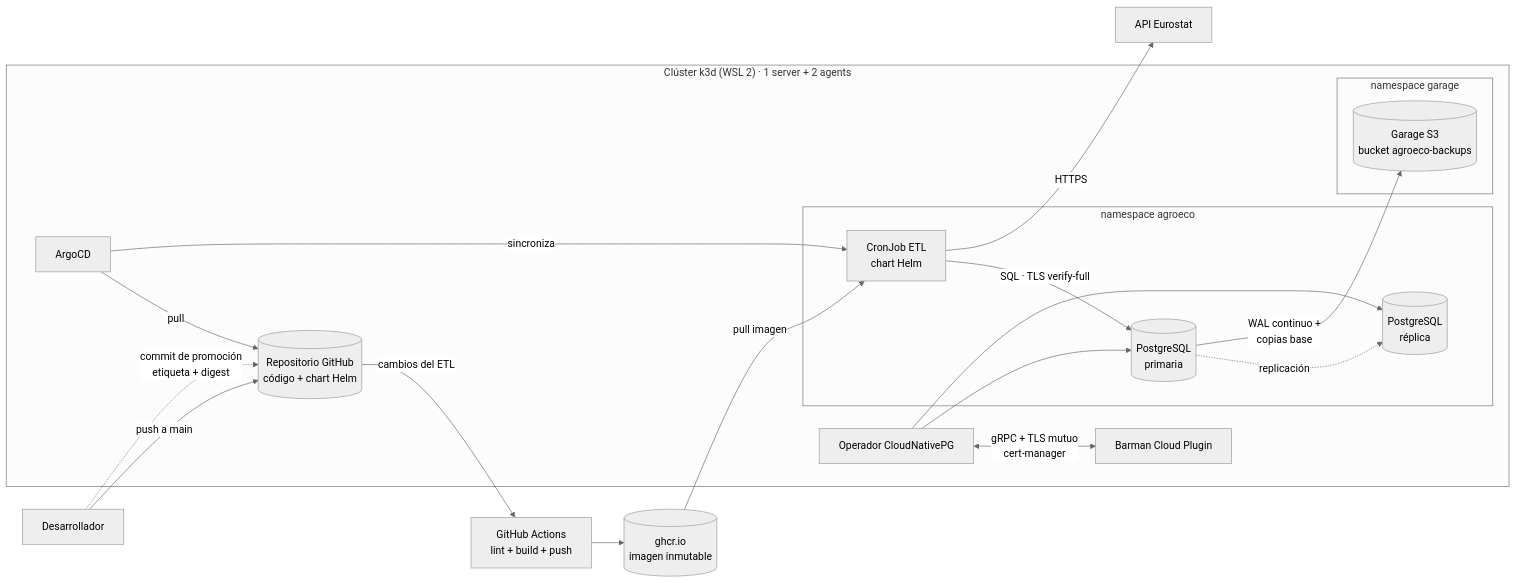
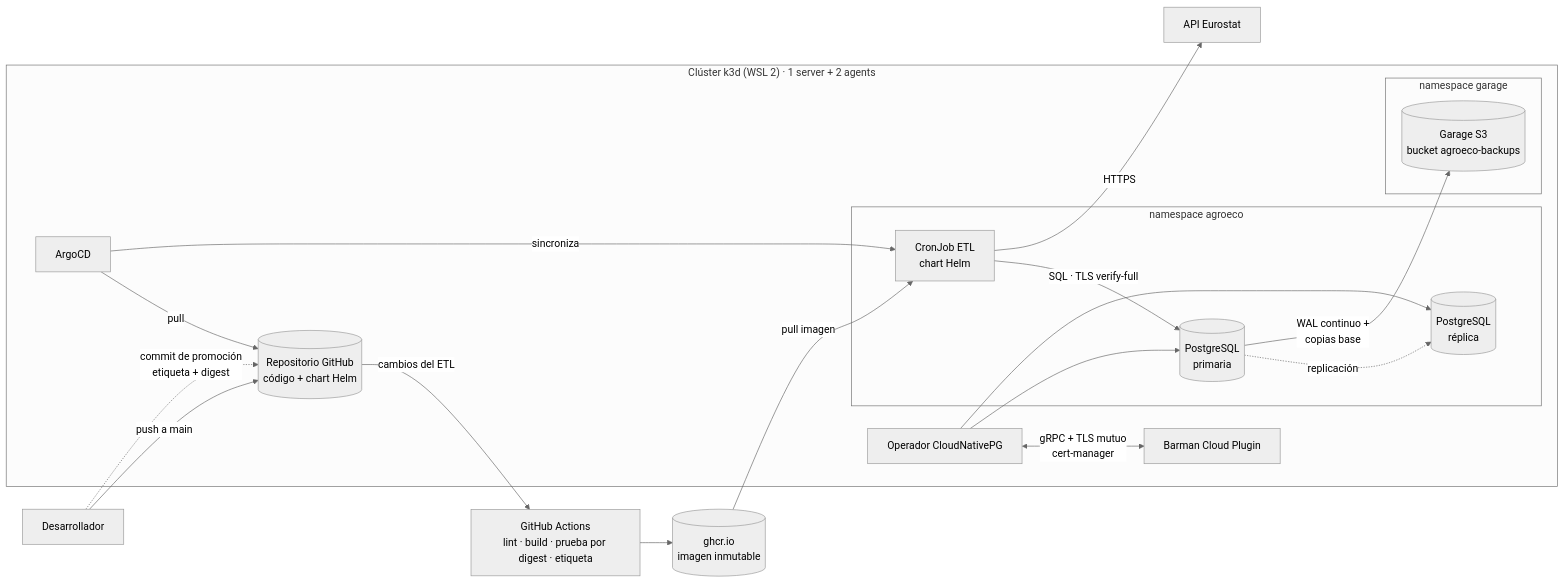
The diagram in README.md (SamAnaya11/Agroeco-EU_K8s-Platform), drawn with Mermaid (neutral theme) before and after one commit. The commit also changed other lines of this file and 5 other files, not shown here.

First line of the commit message:
CI: probar la imagen publicada por digest y etiquetar sin reconstruir (0.2.1)

````diff
--- a/README.md
+++ b/README.md
@@ -25,26 +25,26 @@
 ```mermaid
 flowchart LR
     dev[Desarrollador] -->|push a main| repo[(Repositorio GitHub<br/>código + chart Helm)]
-    repo -->|cambios del ETL| gha[GitHub Actions<br/>lint + build + push]
+    repo -->|cambios del ETL| gha[GitHub Actions<br/>lint · build · prueba por digest · etiqueta]
     gha --> ghcr[(ghcr.io<br/>imagen inmutable)]
     dev -.->|commit de promoción<br/>etiqueta + digest| repo
 
     subgraph k3d["Clúster k3d (WSL 2) · 1 server + 2 agents"]
         argo[ArgoCD] -->|pull| repo
         argo -->|sincroniza| chart
         subgraph ns["namespace agroeco"]
             chart[CronJob ETL<br/>chart Helm] -->|SQL · TLS verify-full| pg1[(PostgreSQL<br/>primaria)]
             pg1 -.replicación.-> pg2[(PostgreSQL<br/>réplica)]
         end
         cnpg[Operador CloudNativePG] --> pg1
         cnpg --> pg2
         cnpg <-->|gRPC + TLS mutuo<br/>cert-manager| plugin[Barman Cloud Plugin]
         subgraph nsg["namespace garage"]
             garage[(Garage S3<br/>bucket agroeco-backups)]
         end
         pg1 -->|WAL continuo +<br/>copias base| garage
     end
 
     chart -->|HTTPS| eurostat[API Eurostat]
     ghcr -->|pull imagen| chart
 ```
````
